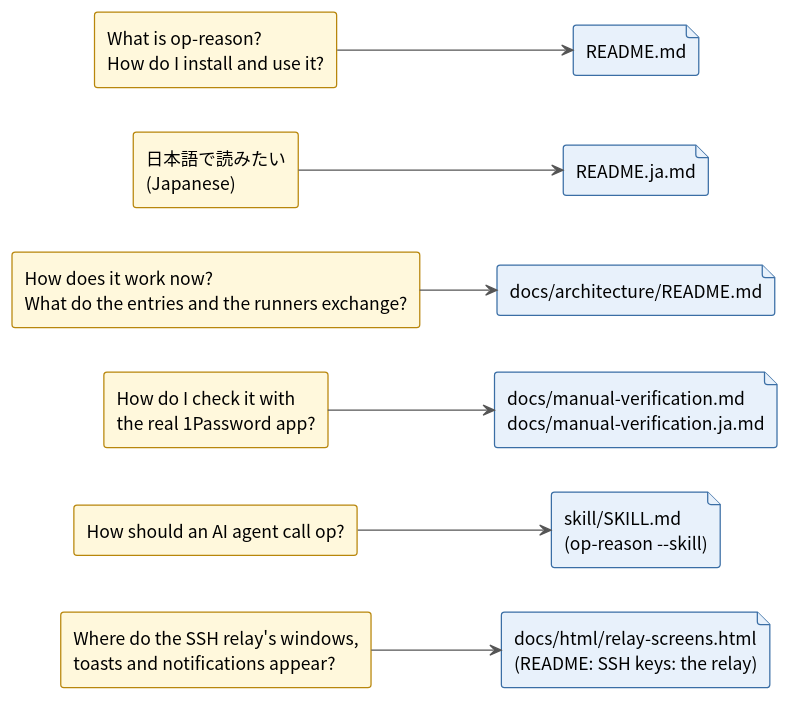
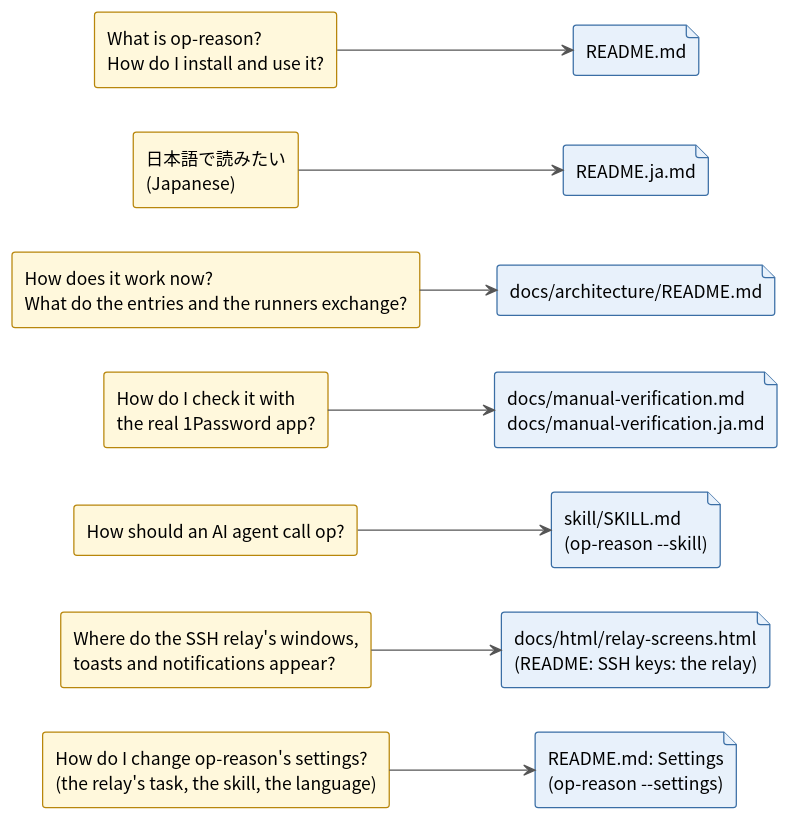
One commit to pollenjp/op-reason changed the diagram in docs/plantuml/01_map.puml. Above: the diagram before and after it, drawn with PlantUML. The commit also changed 2 other files, not shown here.

Commit message:
docs: the documents map and its index name the settings

```diff
--- a/docs/plantuml/01_map.puml
+++ b/docs/plantuml/01_map.puml
@@ -1,35 +1,38 @@
 @startuml
 !theme plain
 left to right direction
 skinparam defaultFontName "Noto Sans CJK JP"
 skinparam ArrowColor #555555
 skinparam rectangle {
   BackgroundColor #FFF8DC
   BorderColor #B8860B
 }
 skinparam file {
   BackgroundColor #E8F1FB
   BorderColor #3A6EA5
 }
 
+rectangle "How do I change op-reason's settings?\n(the relay's task, the skill, the language)" as Q7
 rectangle "Where do the SSH relay's windows,\ntoasts and notifications appear?" as Q6
 rectangle "How should an AI agent call op?" as Q4
 rectangle "How do I check it with\nthe real 1Password app?" as Q3
 rectangle "How does it work now?\nWhat do the entries and the runners exchange?" as Q2
 rectangle "日本語で読みたい\n(Japanese)" as Q5
 rectangle "What is op-reason?\nHow do I install and use it?" as Q1
 
+file "README.md: Settings\n(op-reason --settings)" as P7
 file "docs/html/relay-screens.html\n(README: SSH keys: the relay)" as P6
 file "skill/SKILL.md\n(op-reason --skill)" as P4
 file "docs/manual-verification.md\ndocs/manual-verification.ja.md" as P3
 file "docs/architecture/README.md" as P2
 file "README.ja.md" as P5
 file "README.md" as P1
 
+Q7 --> P7
 Q6 --> P6
 Q4 --> P4
 Q3 --> P3
 Q2 --> P2
 Q5 --> P5
 Q1 --> P1
 @enduml
```
